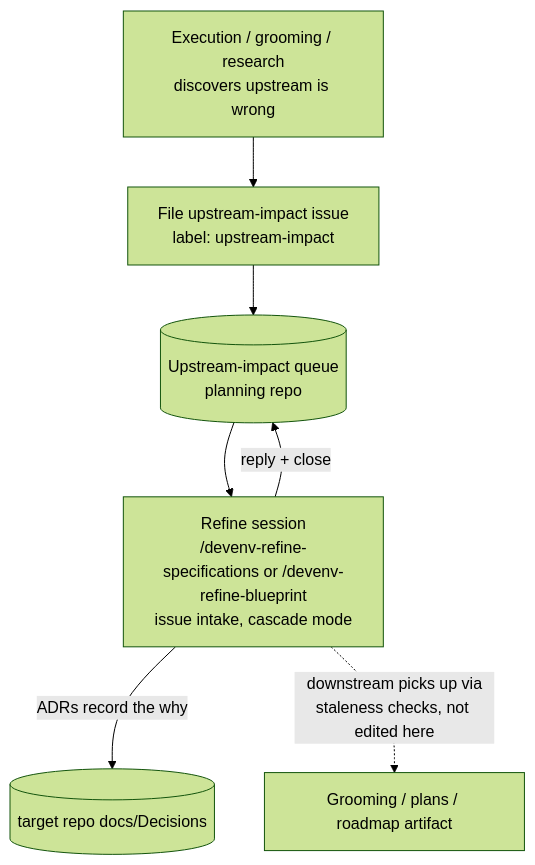
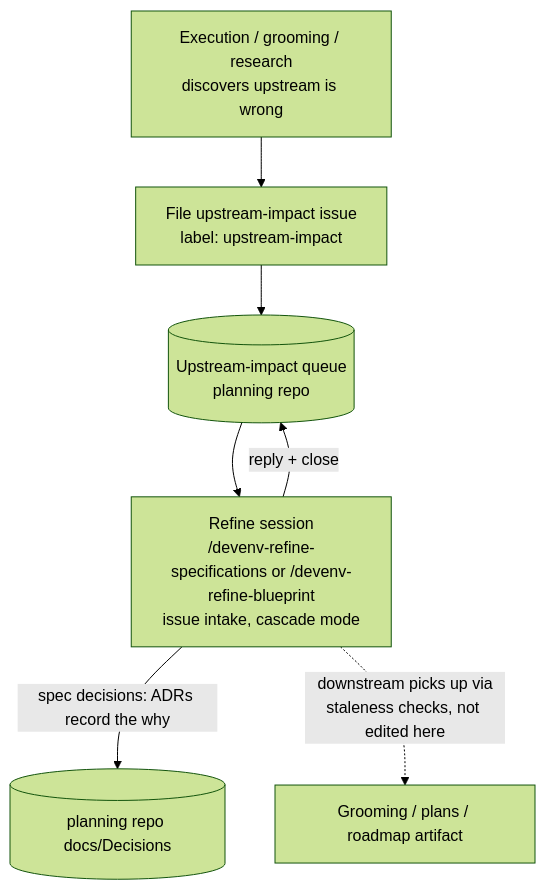
One commit to workinprogress-ai/devenv changed the third of 10 diagrams in docs/Workflow.md. Above: the diagram before and after it, drawn with Mermaid (forest theme). The commit also changed other lines of this file and 47 other files, not shown here.

````diff
--- a/docs/Workflow.md
+++ b/docs/Workflow.md
@@ -602,9 +600,9 @@
 ```mermaid
 flowchart TD
     EX[Execution / grooming / research<br/>discovers upstream is wrong] --> FILE[File upstream-impact issue<br/>label: upstream-impact]
     FILE --> QUEUE[(Upstream-impact queue<br/>planning repo)]
     QUEUE --> REF["Refine session<br/>/devenv-refine-specifications or /devenv-refine-blueprint<br/>issue intake, cascade mode"]
     REF -->|reply + close| QUEUE
-    REF -->|ADRs record the why| ADR[(target repo docs/Decisions)]
+    REF -->|"spec decisions: ADRs record the why"| ADR[(planning repo docs/Decisions)]
     REF -.->|"downstream picks up via<br/>staleness checks, not edited here"| DOWN[Grooming / plans / roadmap artifact]
 ```
````
